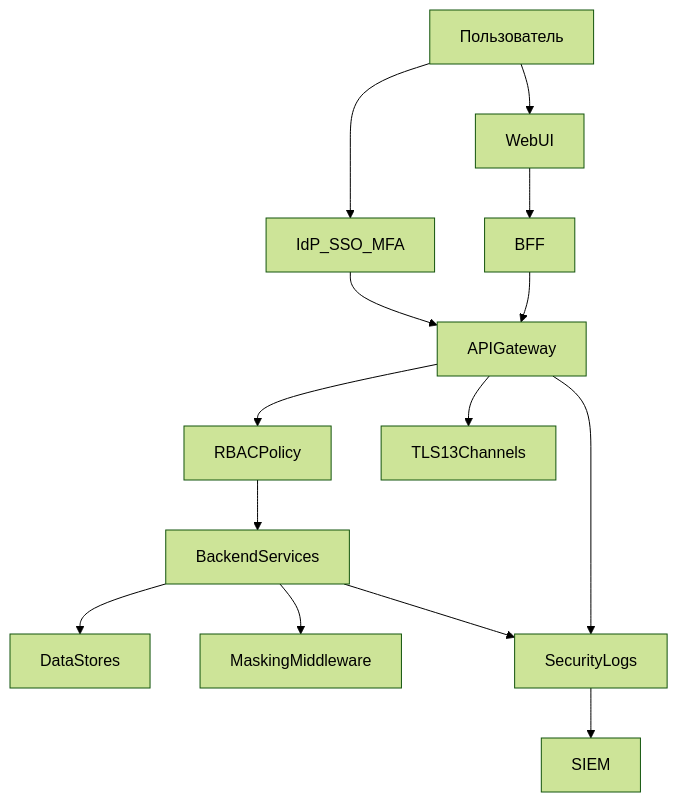
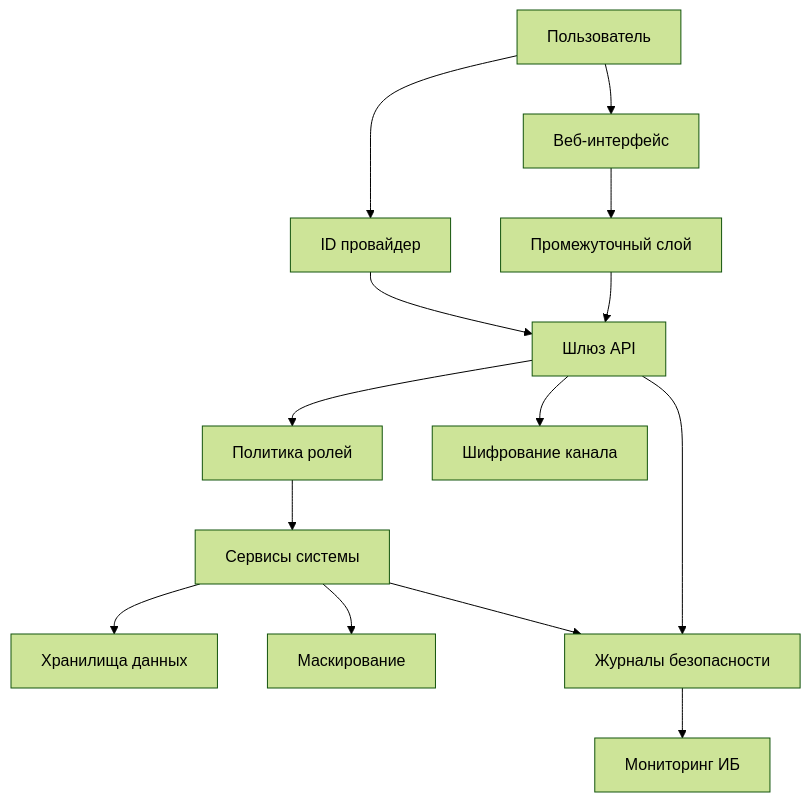
One commit to Trump68/infra changed the fourth of 5 diagrams in TZ/3.Описание архитектуры и технических средств.md. Above: the diagram before and after it, drawn with Mermaid (forest theme). The commit also changed other lines of this file, not shown here.

First line of the commit message:
docs: update Фармадок architecture documentation with new diagrams and terminology enhancements

````diff
--- a/TZ/3.Описание архитектуры и технических средств.md
+++ b/TZ/3.Описание архитектуры и технических средств.md
@@ -178,16 +192,16 @@
 ```mermaid
 flowchart TD
-  UserSec["Пользователь"] --> IdpSec["IdP_SSO_MFA"]
-  UserSec --> UiSec["WebUI"]
-  UiSec --> BffSec["BFF"]
-  BffSec --> GwSec["APIGateway"]
+  UserSec["Пользователь"] --> IdpSec["ID провайдер"]
+  UserSec --> UiSec["Веб-интерфейс"]
+  UiSec --> BffSec["Промежуточный слой"]
+  BffSec --> GwSec["Шлюз API"]
   IdpSec --> GwSec
-  GwSec --> RbacSec["RBACPolicy"]
-  GwSec --> TlsSec["TLS13Channels"]
-  RbacSec --> AppSec["BackendServices"]
-  AppSec --> DataSec["DataStores"]
-  AppSec --> MaskSec["MaskingMiddleware"]
-  GwSec --> LogSec["SecurityLogs"]
+  GwSec --> RbacSec["Политика ролей"]
+  GwSec --> TlsSec["Шифрование канала"]
+  RbacSec --> AppSec["Сервисы системы"]
+  AppSec --> DataSec["Хранилища данных"]
+  AppSec --> MaskSec["Маскирование"]
+  GwSec --> LogSec["Журналы безопасности"]
   AppSec --> LogSec
-  LogSec --> SiemSec["SIEM"]
+  LogSec --> SiemSec["Мониторинг ИБ"]
 ```
````
